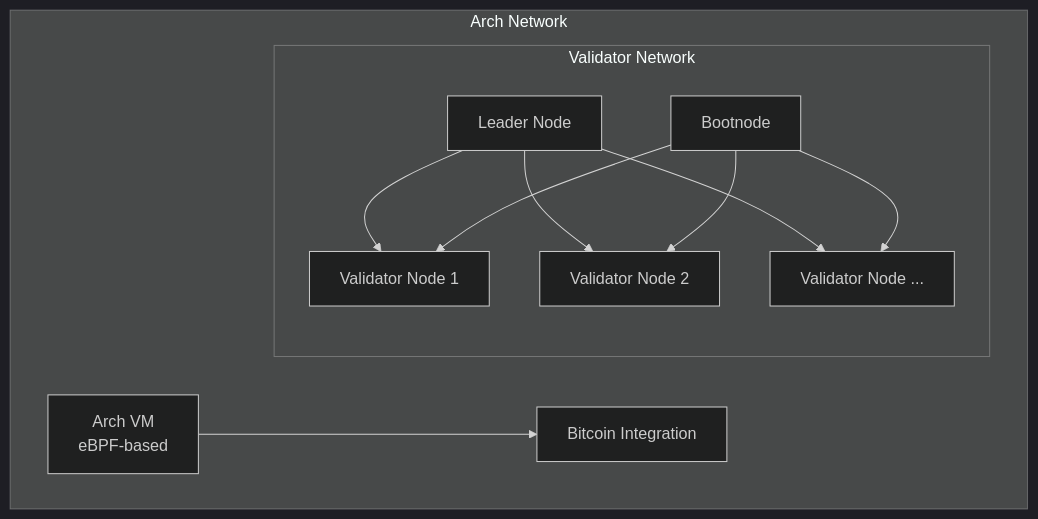
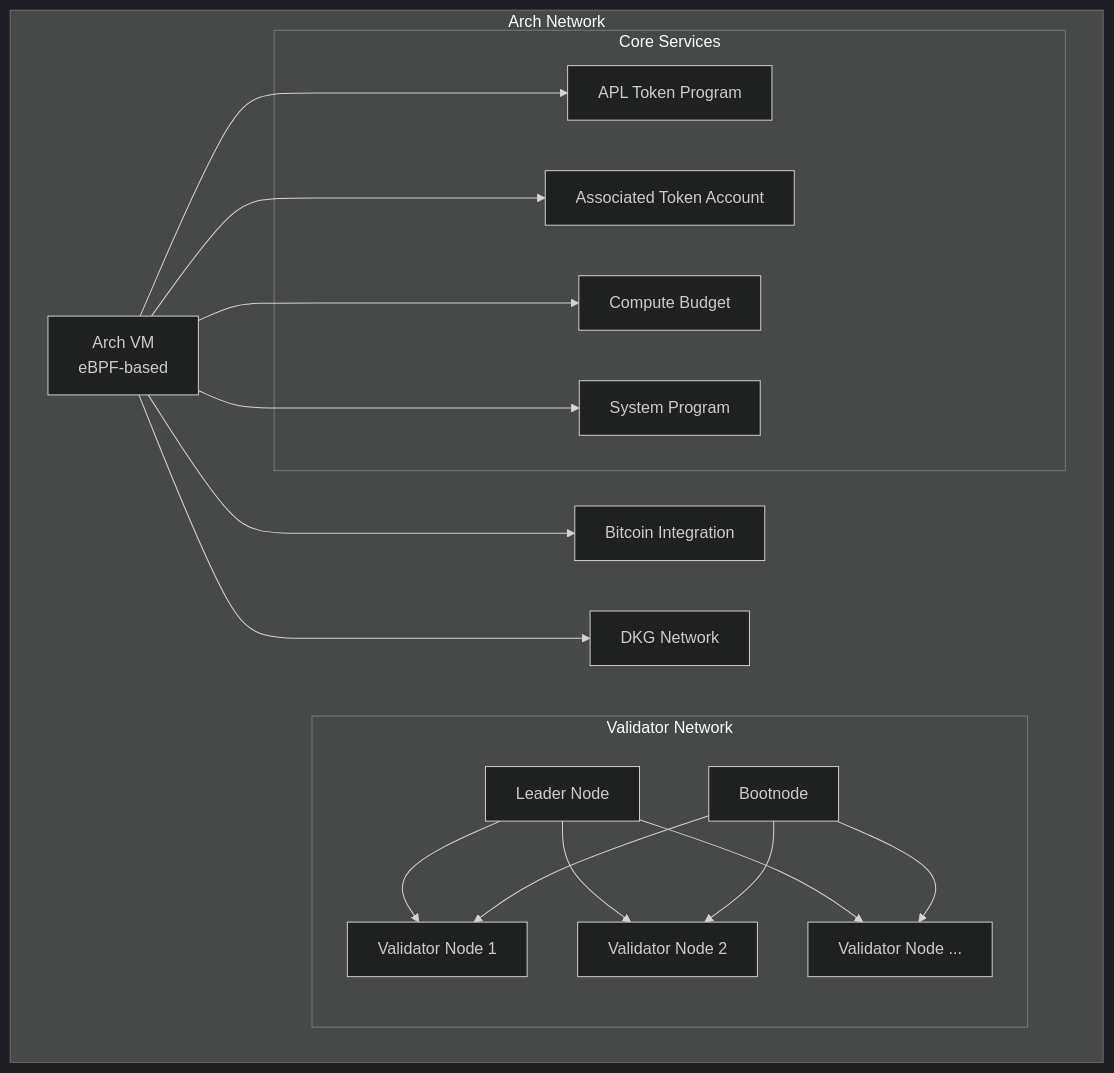
One commit to Arch-Network/book changed the first of 2 diagrams in src/concepts/architecture.md. Above: the diagram before and after it, drawn with Mermaid (dark theme). The commit also changed other lines of this file and 4 other files, not shown here.

First line of the commit message:
Add validator state machine docs and expand architecture

````diff
--- a/src/concepts/architecture.md
+++ b/src/concepts/architecture.md
@@ -5,23 +5,36 @@
 ```mermaid
 graph TB
     subgraph "Arch Network"
         VM[Arch VM<br/>eBPF-based]
         BTC[Bitcoin Integration]
+        DKG[DKG Network]
         
         subgraph "Validator Network"
             L[Leader Node]
             V1[Validator Node 1]
             V2[Validator Node 2]
             V3[Validator Node ...]
             B[Bootnode]
         end
         
+        subgraph "Core Services"
+            TOKEN[APL Token Program]
+            ATA[Associated Token Account]
+            COMPUTE[Compute Budget]
+            SYSTEM[System Program]
+        end
+        
         VM --> BTC
+        VM --> DKG
         L --> V1
         L --> V2
         L --> V3
         B --> V1
         B --> V2
         B --> V3
+        VM --> TOKEN
+        VM --> ATA
+        VM --> COMPUTE
+        VM --> SYSTEM
     end
 ```
````
